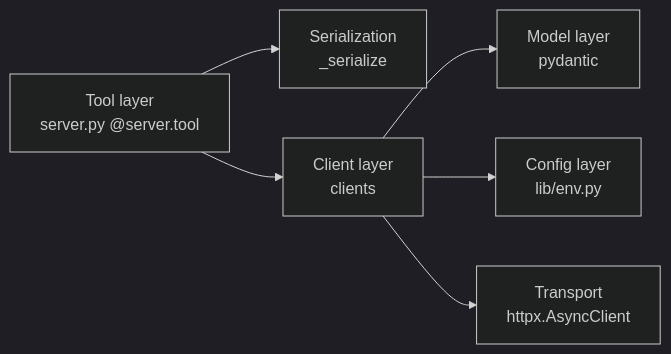
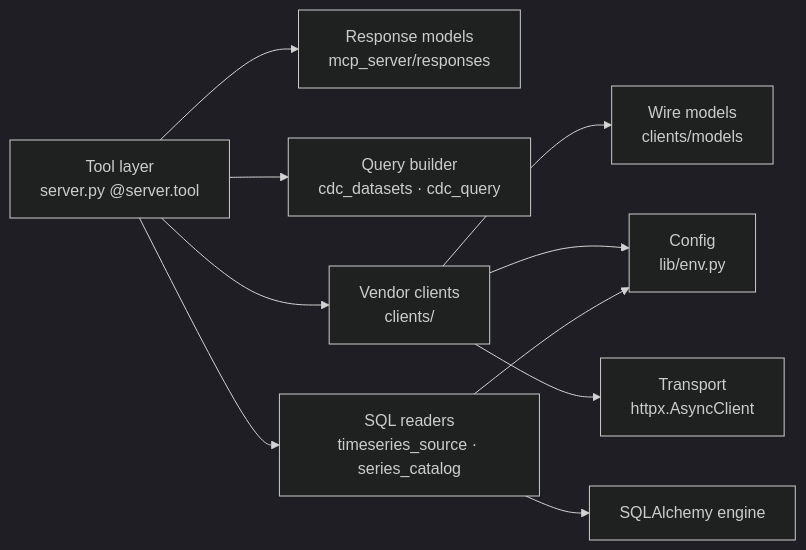
Before and after one commit to glyfish/sefer: the second of 4 diagrams in meida/architecture.md, drawn with Mermaid (dark theme). The commit also changed other lines of this file and 12 other files, not shown here.

````diff
--- a/meida/architecture.md
+++ b/meida/architecture.md
@@ -91,8 +147,12 @@
 ```mermaid
 graph LR
-    A["Tool layer<br/>server.py @server.tool"] --> B["Serialization<br/>_serialize"]
-    A --> C["Client layer<br/>clients"]
-    C --> D["Model layer<br/>pydantic"]
-    C --> E["Config layer<br/>lib/env.py"]
-    C --> F["Transport<br/>httpx.AsyncClient"]
+    A["Tool layer<br/>server.py @server.tool"] --> R["Response models<br/>mcp_server/responses"]
+    A --> Q["Query builder<br/>cdc_datasets · cdc_query"]
+    A --> C["Vendor clients<br/>clients/"]
+    A --> D["SQL readers<br/>timeseries_source · series_catalog"]
+    C --> M["Wire models<br/>clients/models"]
+    C --> E["Config<br/>lib/env.py"]
+    C --> T["Transport<br/>httpx.AsyncClient"]
+    D --> E
+    D --> G["SQLAlchemy engine"]
 ```
````
